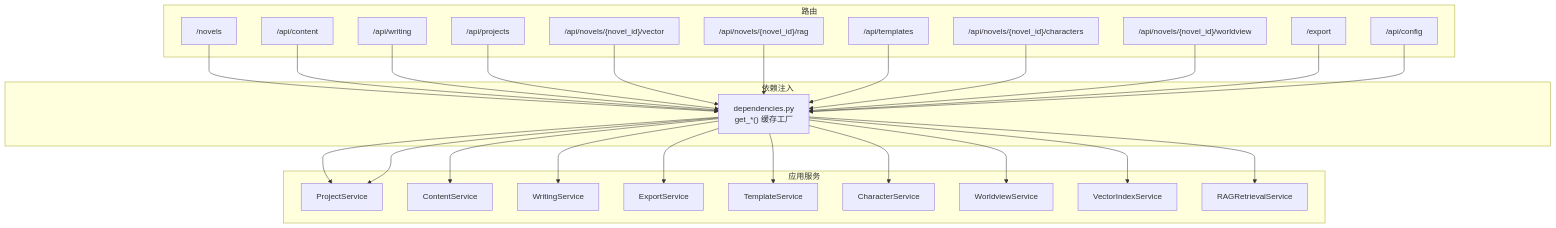
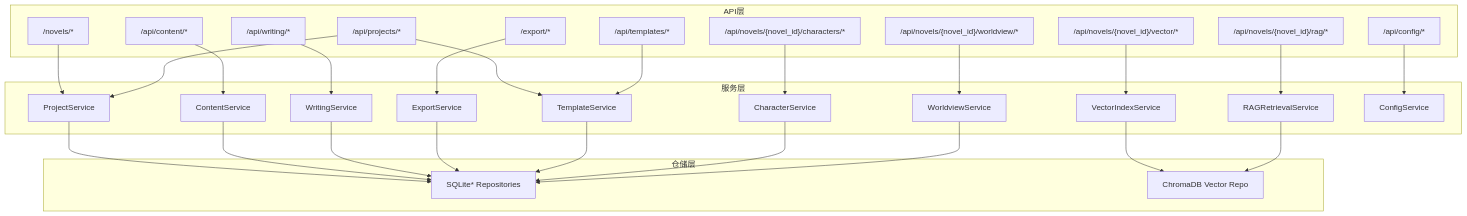
The second of 3 diagrams in .qoder/repowiki/zh/content/API接口文档/API接口文档.md (octsfm/InkTrace), drawn with Mermaid before and after one commit. The commit also changed other lines of this file and 179 other files, not shown here.

````diff
--- a/.qoder/repowiki/zh/content/API接口文档/API接口文档.md
+++ b/.qoder/repowiki/zh/content/API接口文档/API接口文档.md
@@ -86,41 +89,53 @@
 ```mermaid
 graph TB
-subgraph "路由"
-R1["/novels"]
-R2["/api/content"]
-R3["/api/writing"]
-R4["/api/projects"]
-R5["/api/novels/{novel_id}/vector"]
-R6["/api/novels/{novel_id}/rag"]
-R7["/api/templates"]
-R8["/api/novels/{novel_id}/characters"]
-R9["/api/novels/{novel_id}/worldview"]
-R10["/export"]
-R11["/api/config"]
+subgraph "API层"
+R1["/novels/*"]
+R2["/api/content/*"]
+R3["/api/writing/*"]
+R4["/export/*"]
+R5["/api/projects/*"]
+R6["/api/templates/*"]
+R7["/api/novels/{novel_id}/characters/*"]
+R8["/api/novels/{novel_id}/worldview/*"]
+R9["/api/novels/{novel_id}/vector/*"]
+R10["/api/novels/{novel_id}/rag/*"]
+R11["/api/config/*"]
 end
-subgraph "依赖注入"
-DI["dependencies.py<br/>get_*() 缓存工厂"]
-end
-subgraph "应用服务"
+subgraph "服务层"
 S1["ProjectService"]
 S2["ContentService"]
 S3["WritingService"]
 S4["ExportService"]
 S5["TemplateService"]
 S6["CharacterService"]
 S7["WorldviewService"]
 S8["VectorIndexService"]
 S9["RAGRetrievalService"]
+S10["ConfigService"]
 end
-R1 --> DI --> S1
-R2 --> DI --> S2
-R3 --> DI --> S3
-R4 --> DI --> S1
-R5 --> DI --> S8
-R6 --> DI --> S9
-R7 --> DI --> S5
-R8 --> DI --> S6
-R9 --> DI --> S7
-R10 --> DI --> S4
-R11 --> DI
+subgraph "仓储层"
+X1["SQLite* Repositories"]
+X2["ChromaDB Vector Repo"]
+end
+R1 --> S1
+R2 --> S2
+R3 --> S3
+R4 --> S4
+R5 --> S1
+R5 --> S5
+R6 --> S5
+R7 --> S6
+R8 --> S7
+R9 --> S8
+R10 --> S9
+R11 --> S10
+S1 --> X1
+S2 --> X1
+S3 --> X1
+S4 --> X1
+S5 --> X1
+S6 --> X1
+S7 --> X1
+S8 --> X2
+S9 --> X2
 ```
````
